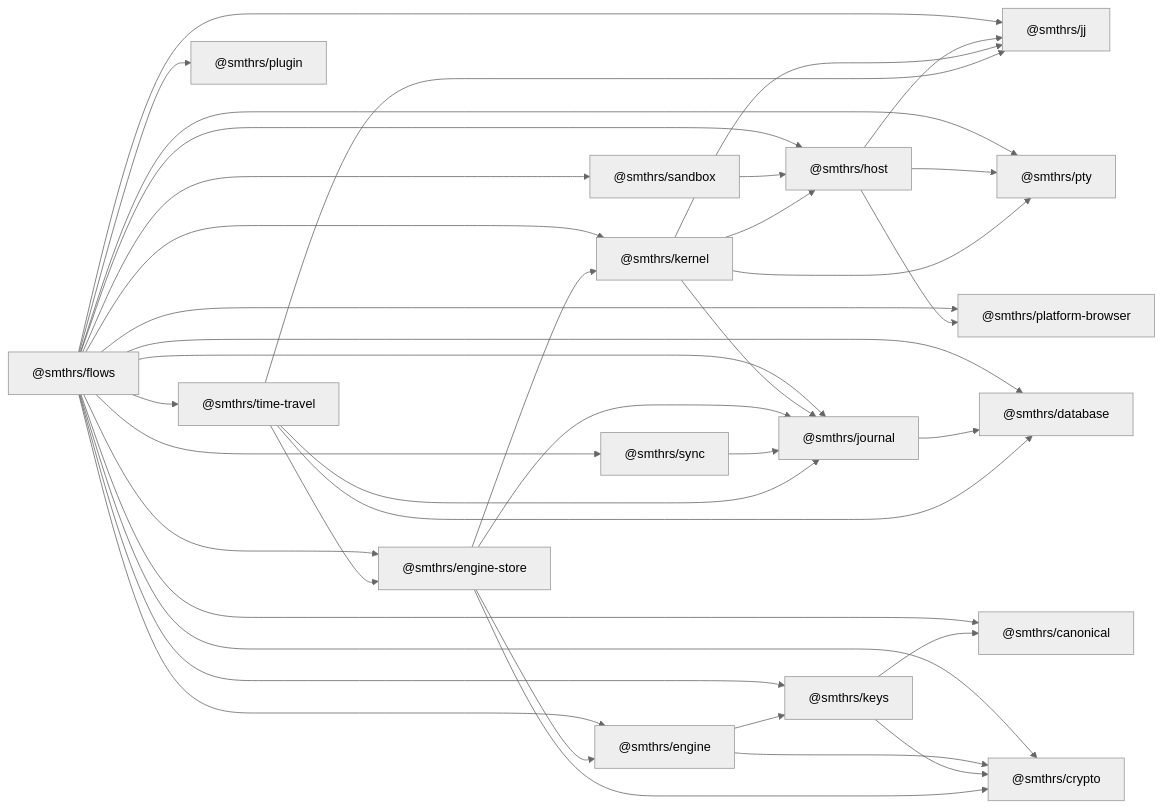
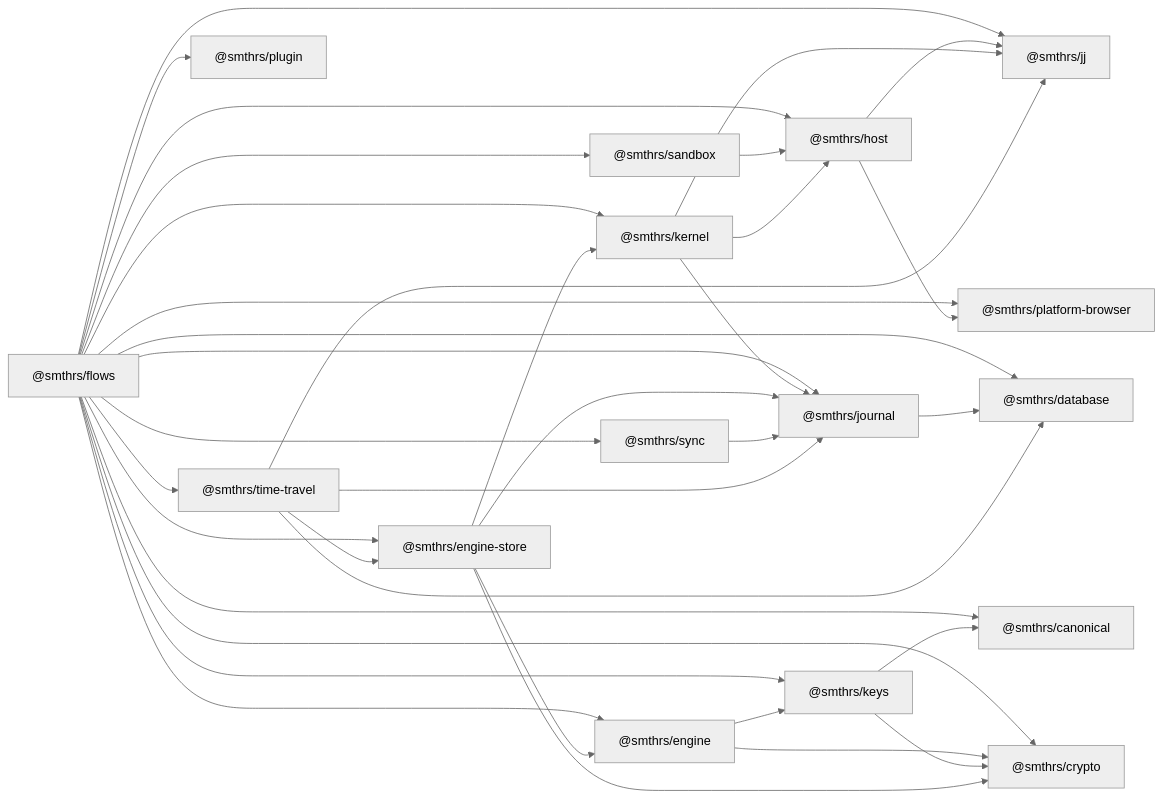
Before and after one commit to smithersai/flows: the diagram in docs/pages/package-structure.md, drawn with Mermaid (neutral theme). The commit also changed other lines of this file and 6 other files, not shown here.

````diff
--- a/docs/pages/package-structure.md
+++ b/docs/pages/package-structure.md
@@ -46,59 +45,55 @@
 ```mermaid
 flowchart LR
   FLOWS["@smthrs/flows"]
   TT["@smthrs/time-travel"]
   ES["@smthrs/engine-store"]
   SYNC["@smthrs/sync"]
   KERNEL["@smthrs/kernel"]
   ENGINE["@smthrs/engine"]
   JOURNAL["@smthrs/journal"]
   DB["@smthrs/database"]
   HOST["@smthrs/host"]
   JJ["@smthrs/jj"]
-  PTY["@smthrs/pty"]
   SANDBOX["@smthrs/sandbox"]
   PB["@smthrs/platform-browser"]
   KEYS["@smthrs/keys"]
   CRYPTO["@smthrs/crypto"]
   CANONICAL["@smthrs/canonical"]
   PLUGIN["@smthrs/plugin"]
 
   FLOWS --> HOST
   FLOWS --> JJ
-  FLOWS --> PTY
   FLOWS --> SANDBOX
   FLOWS --> PB
   FLOWS --> DB
   FLOWS --> JOURNAL
   FLOWS --> KERNEL
   FLOWS --> KEYS
   FLOWS --> CRYPTO
   FLOWS --> CANONICAL
   FLOWS --> ENGINE
   FLOWS --> ES
   FLOWS --> PLUGIN
   FLOWS --> SYNC
   FLOWS --> TT
   JOURNAL --> DB
   HOST --> JJ
-  HOST --> PTY
   HOST --> PB
   SANDBOX --> HOST
   KERNEL --> HOST
   KERNEL --> JJ
-  KERNEL --> PTY
   KERNEL --> JOURNAL
   ENGINE --> KEYS
   ENGINE --> CRYPTO
   KEYS --> CANONICAL
   KEYS --> CRYPTO
   ES --> ENGINE
   ES --> CRYPTO
   ES --> JOURNAL
   ES --> KERNEL
   SYNC --> JOURNAL
   TT --> DB
   TT --> ES
   TT --> JJ
   TT --> JOURNAL
 ```
````
